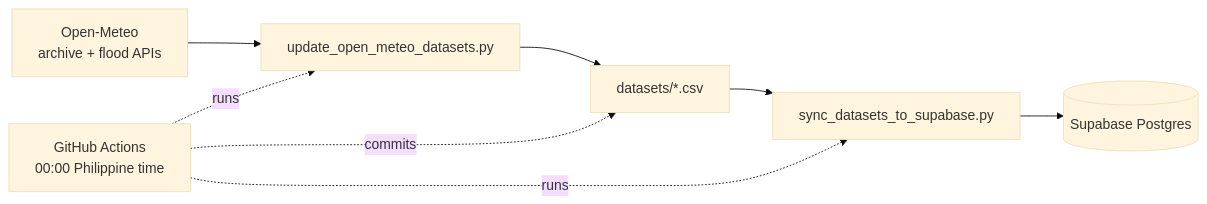
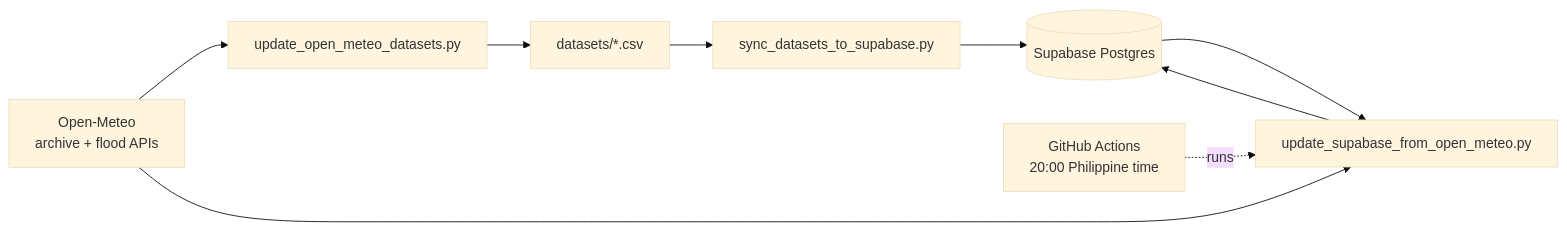
The diagram in docs/dataset_updates.md (kennethmedes28/AI-Mihan), drawn with Mermaid (base theme) before and after one commit. The commit also changed other lines of this file and 4 other files, not shown here.

````diff
--- a/docs/dataset_updates.md
+++ b/docs/dataset_updates.md
@@ -9,10 +9,11 @@
 ```mermaid
 flowchart LR
     OM[Open-Meteo<br/>archive + flood APIs] --> U[update_open_meteo_datasets.py]
     U --> CSV[datasets/*.csv]
     CSV --> S[sync_datasets_to_supabase.py]
     S --> DB[(Supabase Postgres)]
-    GH[GitHub Actions<br/>00:00 Philippine time] -.runs.-> U
-    GH -.runs.-> S
-    GH -.commits.-> CSV
+    OM --> D[update_supabase_from_open_meteo.py]
+    DB --> D
+    D --> DB
+    GH[GitHub Actions<br/>20:00 Philippine time] -.runs.-> D
 ```
````
